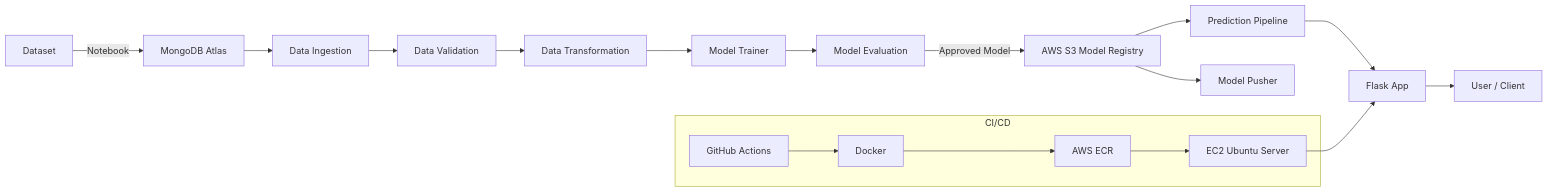
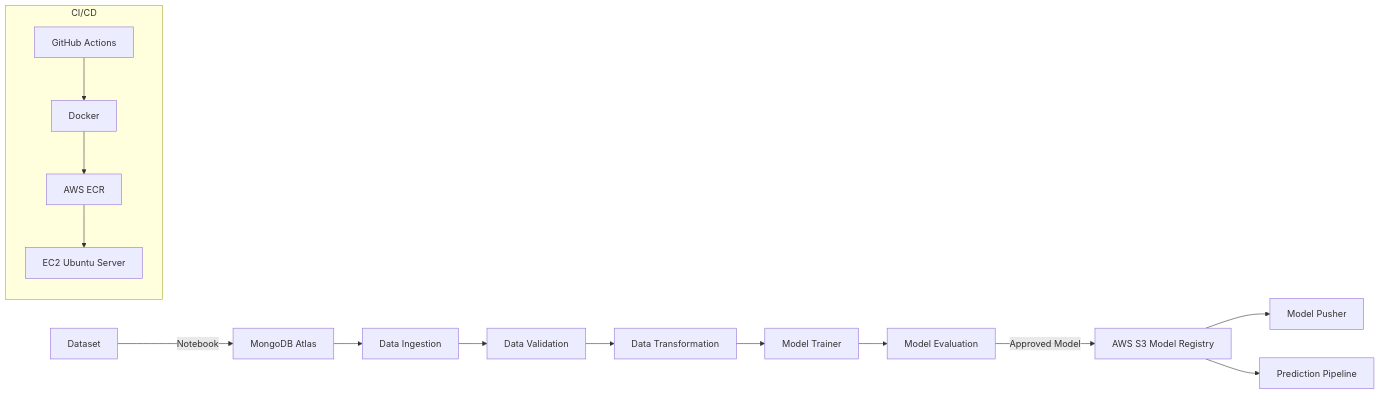
The diagram in README.md (aarushikankanmeli97/MLOPs-Project-Vehicle-Insurance), drawn with Mermaid before and after one commit.

````diff
--- a/README.md
+++ b/README.md
@@ -17,30 +17,27 @@
 ```mermaid
 flowchart LR
     A[Dataset] -->|Notebook| B[MongoDB Atlas]
 
     B --> C[Data Ingestion]
     C --> D[Data Validation]
     D --> E[Data Transformation]
     E --> F[Model Trainer]
 
     F --> G[Model Evaluation]
     G -->|Approved Model| H[AWS S3 Model Registry]
 
     H --> I[Model Pusher]
     H --> J[Prediction Pipeline]
 
-    J --> K[Flask App]
-    K --> L[User / Client]
-
     subgraph CI/CD
-        M[GitHub Actions]
-        N[Docker]
-        O[AWS ECR]
-        P[EC2 Ubuntu Server]
+        K[GitHub Actions]
+        L[Docker]
+        M[AWS ECR]
+        N[EC2 Ubuntu Server]
     end
 
+    K --> L
+    L --> M
     M --> N
-    N --> O
-    O --> P
-    P --> K
+
 ```
````
